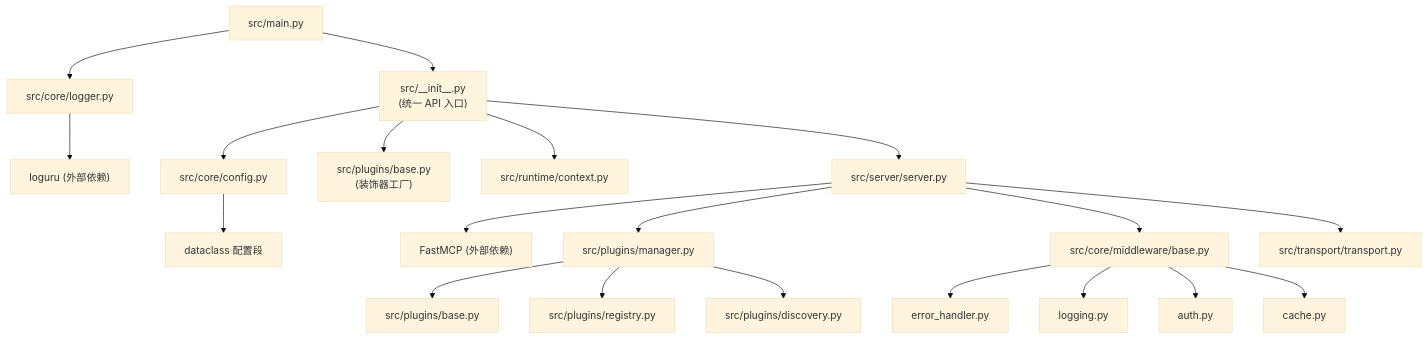
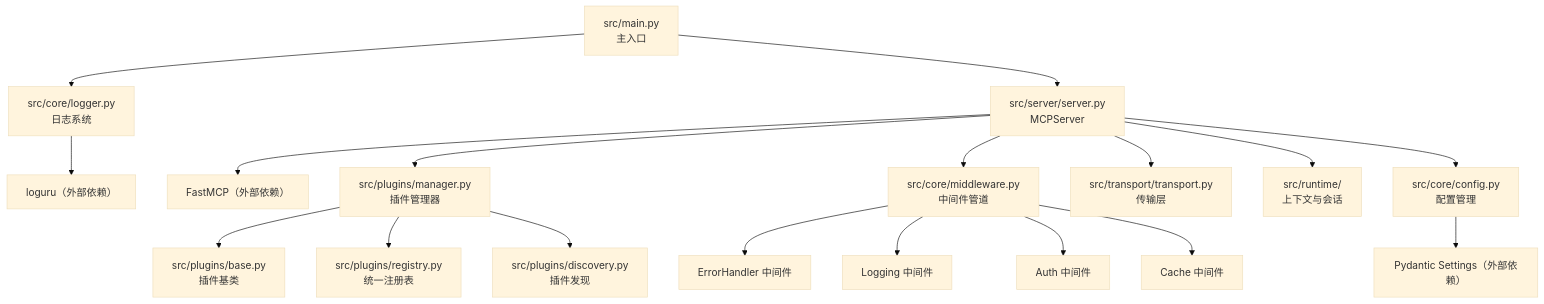
Before and after one commit to chain-engine/x-QiuChi: the fourth of 4 diagrams in README.md, drawn with Mermaid (base theme). The commit also changed other lines of this file and 1 other file, not shown here.

````diff
--- a/README.md
+++ b/README.md
@@ -165,26 +427,24 @@
 ```mermaid
 flowchart TD
-    A["src/main.py"] --> B["src/__init__.py<br/>(统一 API 入口)"]
-    A --> K["src/core/logger.py"]
-    K --> K1["loguru (外部依赖)"]
+    A["src/main.py<br/>主入口"] --> B["src/server/server.py<br/>MCPServer"]
+    A --> K["src/core/logger.py<br/>日志系统"]
+    K --> K1["loguru（外部依赖）"]
 
-    B --> C["src/server/server.py"]
-    B --> G["src/plugins/base.py<br/>(装饰器工厂)"]
-    B --> H["src/runtime/context.py"]
-    B --> I["src/core/config.py"]
-    I --> I1["dataclass 配置段"]
+    B --> C1["FastMCP（外部依赖）"]
+    B --> D["src/plugins/manager.py<br/>插件管理器"]
+    B --> E["src/core/middleware.py<br/>中间件管道"]
+    B --> F["src/transport/transport.py<br/>传输层"]
 
-    C --> C1["FastMCP (外部依赖)"]
-    C --> D["src/plugins/manager.py"]
-    C --> E["src/core/middleware/base.py"]
-    C --> F["src/transport/transport.py"]
+    D --> D1["src/plugins/base.py<br/>插件基类"]
+    D --> D2["src/plugins/registry.py<br/>统一注册表"]
+    D --> D3["src/plugins/discovery.py<br/>插件发现"]
 
-    D --> D1["src/plugins/base.py"]
-    D --> D2["src/plugins/registry.py"]
-    D --> D3["src/plugins/discovery.py"]
+    E --> E1["ErrorHandler 中间件"]
+    E --> E2["Logging 中间件"]
+    E --> E3["Auth 中间件"]
+    E --> E4["Cache 中间件"]
 
-    E --> E1["error_handler.py"]
-    E --> E2["logging.py"]
-    E --> E3["auth.py"]
-    E --> E4["cache.py"]
+    B --> G["src/runtime/<br/>上下文与会话"]
+    B --> H["src/core/config.py<br/>配置管理"]
+    H --> H1["Pydantic Settings（外部依赖）"]
 ```
````
